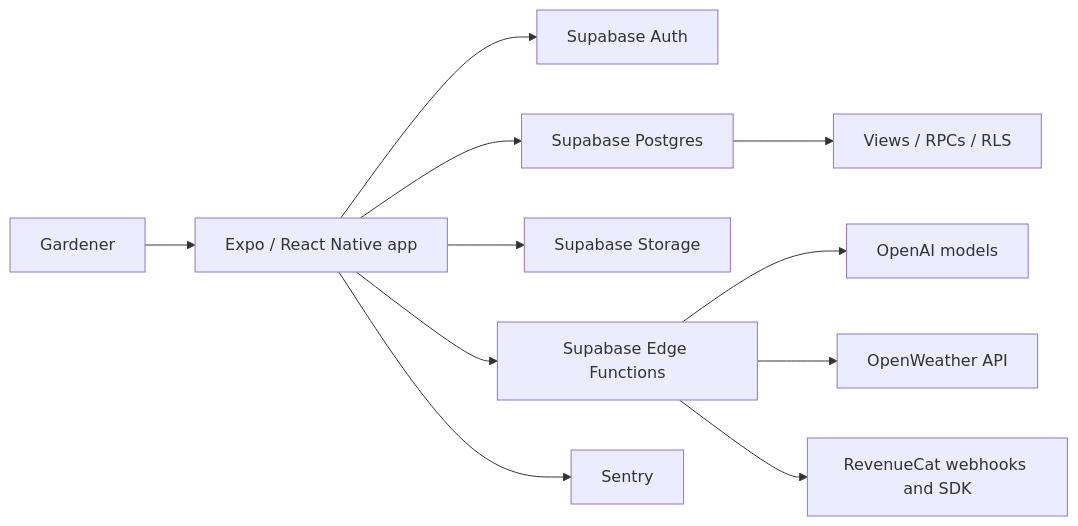
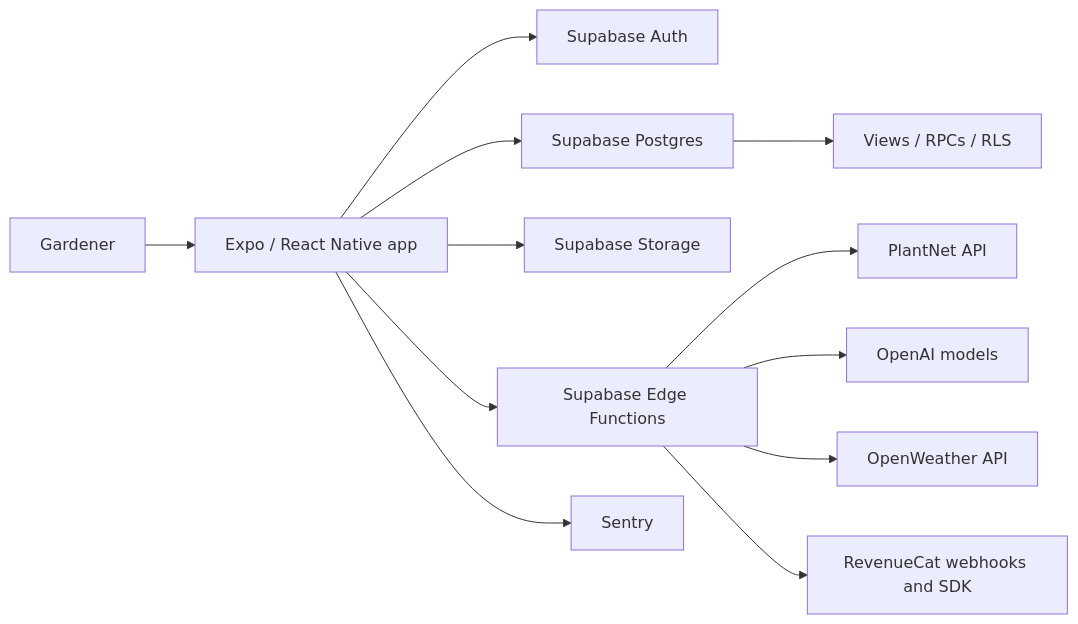
Before and after one commit to 3lC4pt41n/Mein-Gaertner-App: the first of 6 diagrams in ARCHITECTURE.md, drawn with Mermaid. The commit also changed other lines of this file and 3 other files, not shown here.

Commit message:
docs: clarify PlantNet recognition flow

````diff
--- a/ARCHITECTURE.md
+++ b/ARCHITECTURE.md
@@ -16,13 +18,14 @@
 ```mermaid
 flowchart LR
   User["Gardener"] --> App["Expo / React Native app"]
   App --> Auth["Supabase Auth"]
   App --> DB["Supabase Postgres"]
   App --> Storage["Supabase Storage"]
   App --> Edge["Supabase Edge Functions"]
   App --> Sentry["Sentry"]
+  Edge --> PlantNet["PlantNet API"]
   Edge --> OpenAI["OpenAI models"]
   Edge --> Weather["OpenWeather API"]
   Edge --> RevenueCat["RevenueCat webhooks and SDK"]
   DB --> Views["Views / RPCs / RLS"]
 ```
````
